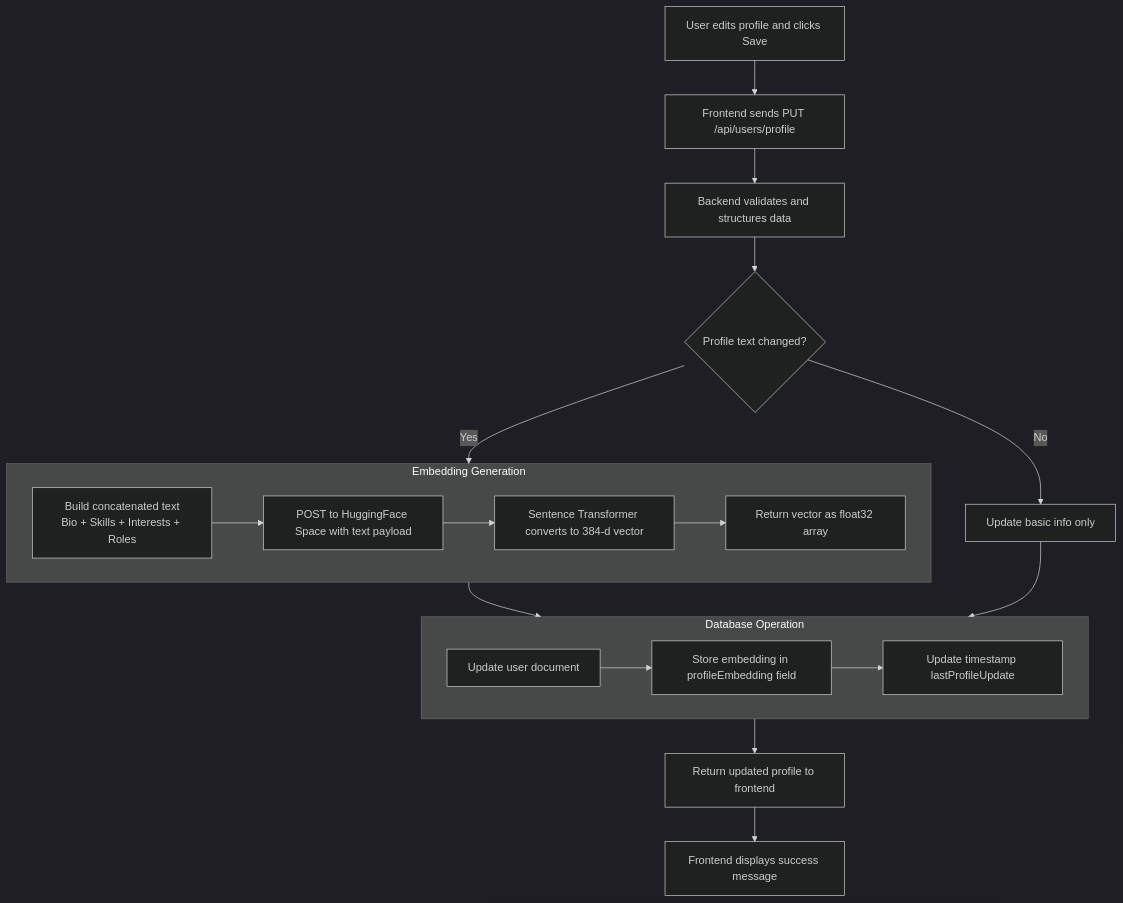
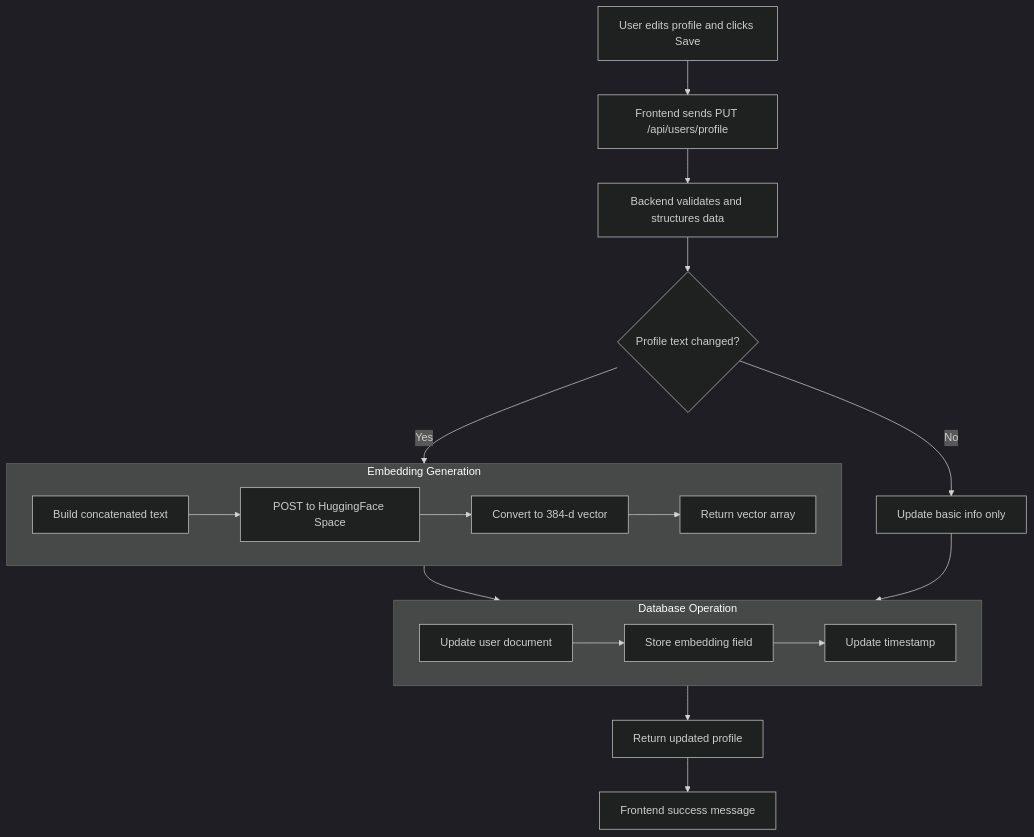
Before and after one commit to satvik-sharma-05/SE: the second of 8 diagrams in README.md, drawn with Mermaid (dark theme). The commit also changed other lines of this file, not shown here.

````diff
--- a/README.md
+++ b/README.md
@@ -112,27 +110,27 @@
 ```mermaid
 flowchart TD
     A[User edits profile and clicks Save] --> B[Frontend sends PUT /api/users/profile]
     B --> C[Backend validates and structures data]
     C --> D{Profile text changed?}
     D -->|Yes| E[Call Embedding Service]
     D -->|No| F[Update basic info only]
     
     subgraph E[Embedding Generation]
-        E1[Build concatenated text<br/>Bio + Skills + Interests + Roles] --> E2
-        E2[POST to HuggingFace Space with text payload] --> E3
-        E3[Sentence Transformer converts to 384-d vector] --> E4
-        E4[Return vector as float32 array]
+        E1[Build concatenated text] --> E2
+        E2[POST to HuggingFace Space] --> E3
+        E3[Convert to 384-d vector] --> E4
+        E4[Return vector array]
     end
     
     E --> G[MongoDB Update]
     F --> G
     
     subgraph G[Database Operation]
         G1[Update user document] --> G2
-        G2[Store embedding in profileEmbedding field] --> G3
-        G3[Update timestamp lastProfileUpdate]
+        G2[Store embedding field] --> G3
+        G3[Update timestamp]
     end
     
-    G --> H[Return updated profile to frontend]
-    H --> I[Frontend displays success message]
+    G --> H[Return updated profile]
+    H --> I[Frontend success message]
 ```
````
